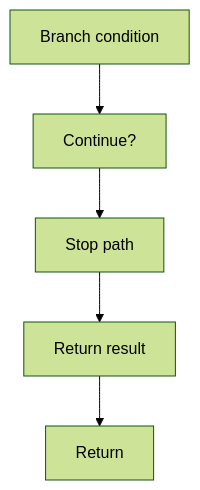
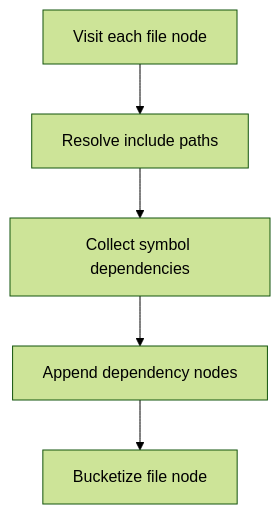
One commit to JohnAndrewBalbarosa/NeoTerritory changed the sixth of 9 diagrams in docs/Codebase/Microservice/Modules/Source/Trees/ClassGeneration/Actual/core.cpp.md. Above: the diagram before and after it, drawn with Mermaid (forest theme). The commit also changed other lines of this file and 915 other files, not shown here.

````diff
--- a/docs/Codebase/Microservice/Modules/Source/Trees/ClassGeneration/Actual/core.cpp.md
+++ b/docs/Codebase/Microservice/Modules/Source/Trees/ClassGeneration/Actual/core.cpp.md
@@ -219,12 +100,9 @@
 ```mermaid
 flowchart TD
-    N0["Branch condition"]
-    N1["Continue?"]
-    N2["Stop path"]
-    N3["Return result"]
-    N4["Return"]
-    N0 --> N1
-    N1 --> N2
-    N2 --> N3
-    N3 --> N4
+    N0["Visit each file node"]
+    N1["Resolve include paths"]
+    N2["Collect symbol dependencies"]
+    N3["Append dependency nodes"]
+    N4["Bucketize file node"]
+    N0 --> N1 --> N2 --> N3 --> N4
 ```
````
